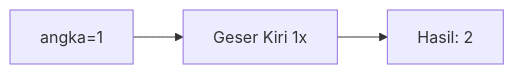
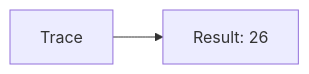
One commit to amnahwaida/OSNK_INF_PREP changed diagram 14 of 25 in part-c-pemahaman-cpp/06-bitwise/latihan/set-02.md. Above: the diagram before and after it, drawn with Mermaid. The commit also changed other lines of this file and 71 other files, not shown here.

````diff
--- a/part-c-pemahaman-cpp/06-bitwise/latihan/set-02.md
+++ b/part-c-pemahaman-cpp/06-bitwise/latihan/set-02.md
@@ -400,5 +295,4 @@
 ```mermaid
 graph LR
-A["angka=1"] --> B["Geser Kiri 1x"]
-B --> C["Hasil: 2"]
+A[Trace] --> B[Result: 26]
 ```
````
